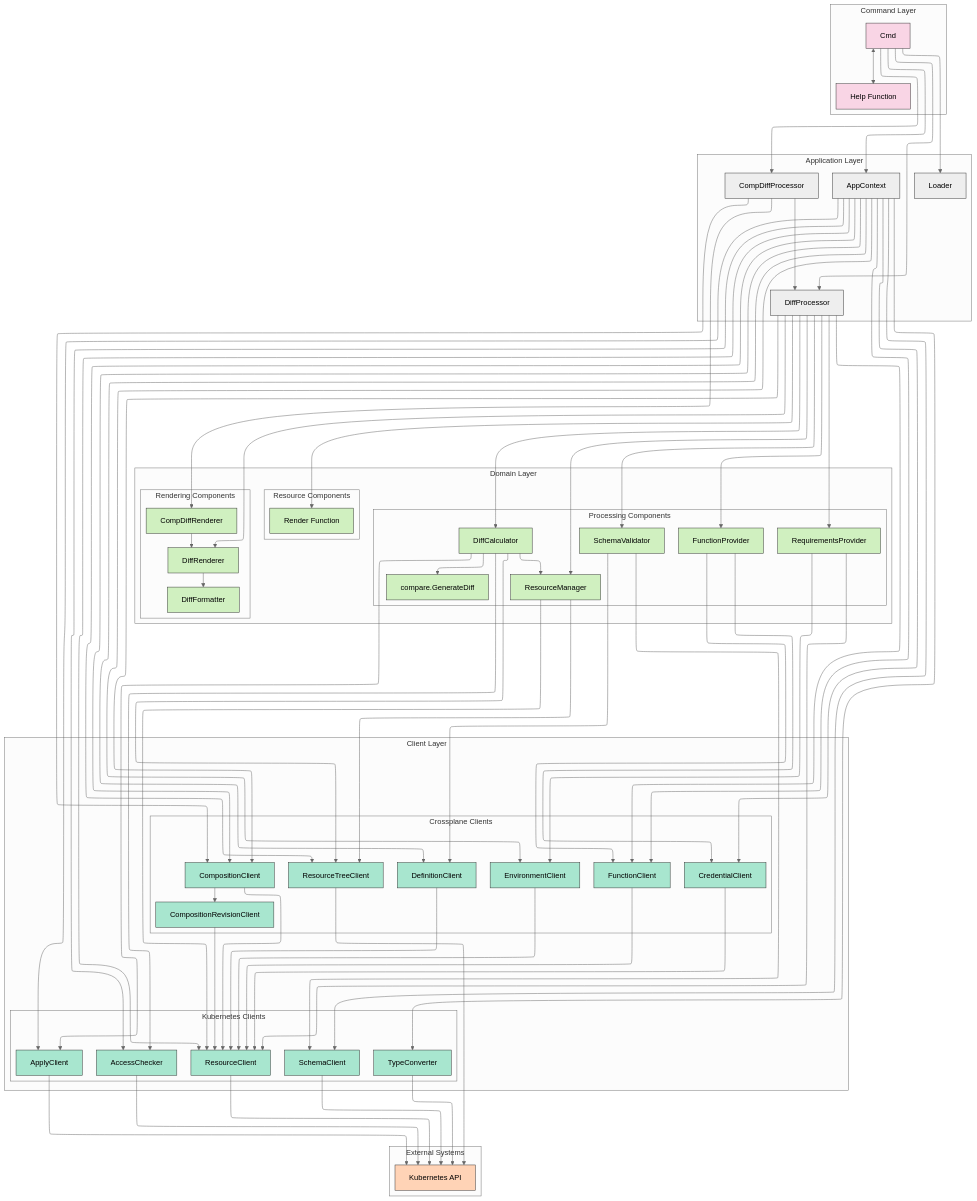
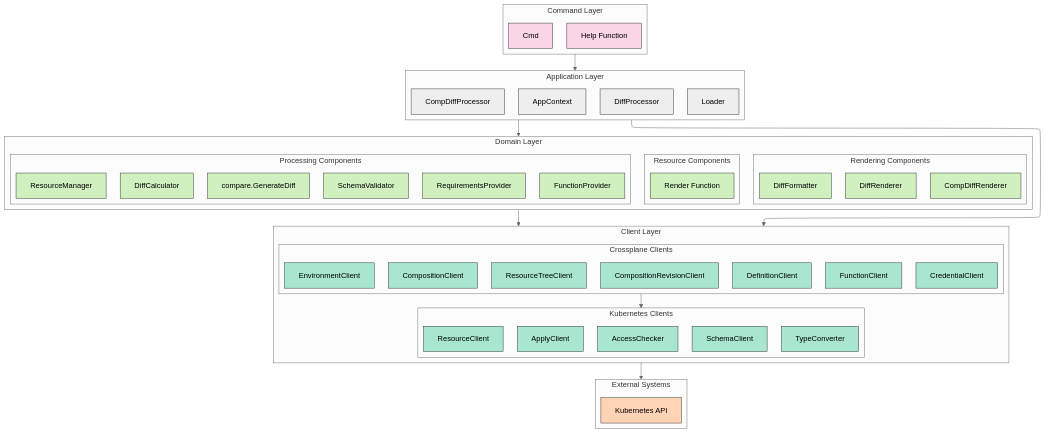
Before and after one commit to crossplane-contrib/crossplane-diff: the diagram in design/design-doc-cli-diff/layered-architecture.mermaid, drawn with Mermaid (neutral theme). The commit also changed 1 other file, not shown here.

Commit message:
docs(design): draw layered-architecture dependencies between layers, not components

```diff
--- a/design/design-doc-cli-diff/layered-architecture.mermaid
+++ b/design/design-doc-cli-diff/layered-architecture.mermaid
@@ -1,148 +1,83 @@
 %%{init: {"flowchart": {"defaultRenderer": "elk"}}}%%
 flowchart TD
-    subgraph "Command Layer"
+    subgraph CMDL["Command Layer"]
         CMD[Cmd]
         HELP[Help Function]
     end
     
-    subgraph "Application Layer"
+    subgraph APPL["Application Layer"]
         APP[AppContext]
         DPR[DiffProcessor]
         CDPR[CompDiffProcessor]
         LOAD[Loader]
     end
 
-    subgraph "Domain Layer"
-        subgraph "Processing Components"
+    subgraph DOML["Domain Layer"]
+        subgraph PROC["Processing Components"]
             DIFFCALC[DiffCalculator]
             SCHMVLD[SchemaValidator]
             RESMGR[ResourceManager]
             REQPRV[RequirementsProvider]
             FNPRV[FunctionProvider]
             CMPR[compare.GenerateDiff]
         end
 
-        subgraph "Rendering Components"
+        subgraph REND["Rendering Components"]
             DIFFRND[DiffRenderer]
             CDIFFRND[CompDiffRenderer]
             DIFFFRM[DiffFormatter]
         end
 
-        subgraph "Resource Components"
+        subgraph RESC["Resource Components"]
             RENDER[Render Function]
         end
     end
 
-    subgraph "Client Layer"
-        subgraph "Kubernetes Clients"
+    subgraph CLIL["Client Layer"]
+        subgraph K8SC["Kubernetes Clients"]
             APPLY[ApplyClient]
             ACCSS[AccessChecker]
             RESRC[ResourceClient]
             SCHMA[SchemaClient]
             TCONV[TypeConverter]
         end
 
-        subgraph "Crossplane Clients"
+        subgraph XPC["Crossplane Clients"]
             COMP[CompositionClient]
             DEFN[DefinitionClient]
             ENVT[EnvironmentClient]
             FUNC[FunctionClient]
             CRED[CredentialClient]
             TREE[ResourceTreeClient]
             CREV[CompositionRevisionClient]
         end
     end
     
-    subgraph "External Systems"
+    subgraph EXTL["External Systems"]
         K8S[Kubernetes API]
     end
     
-    %% Command Layer connections
-    CMD --> APP
-    CMD --> DPR
-    CMD --> CDPR
-    CMD --> LOAD
-    CMD <--> HELP
+    %% Edges join groups, not components: every component in a group
+    %% depends on the same groups below it, and enumerating each pair
+    %% adds noise without information.
+    CMDL --> APPL
+    %% AppContext constructs every client and hands them to the processors.
+    APPL --> DOML
+    APPL --> CLIL
+    DOML --> CLIL
+    %% Crossplane clients are built on the generic ResourceClient.
+    XPC --> K8SC
+    CLIL --> EXTL
 
-    %% Application Layer connections
-    APP --> APPLY
-    APP --> ACCSS
-    APP --> RESRC
-    APP --> SCHMA
-    APP --> TCONV
-    APP --> COMP
-    APP --> DEFN
-    APP --> ENVT
-    APP --> FUNC
-    APP --> CRED
-    APP --> TREE
-
-    CDPR --> DPR
-    CDPR --> CDIFFRND
-    CDPR --> COMP
-
-    %% CompositionClient owns its CompositionRevisionClient internally;
-    %% callers don't wire CREV directly.
-    COMP --> CREV
-
-    DPR --> DIFFCALC
-    DPR --> SCHMVLD
-    DPR --> RESMGR
-    DPR --> REQPRV
-    DPR --> FNPRV
-    DPR --> DIFFRND
-    DPR --> RENDER
-    DPR --> COMP
-    DPR --> FUNC
-
-    %% Domain Layer connections
-    DIFFCALC --> RESMGR
-    DIFFCALC --> CMPR
-    DIFFCALC --> TREE
-    DIFFCALC --> APPLY
-    %% Consulted only after a dry run returns 403, to tell an RBAC denial
-    %% (degrade this resource) from an admission/quota refusal (report it).
-    DIFFCALC --> ACCSS
-
-    SCHMVLD --> SCHMA
-    SCHMVLD --> DEFN
-
-    RESMGR --> RESRC
-    RESMGR --> TREE
-
-    REQPRV --> RESRC
-    REQPRV --> ENVT
-
-    FNPRV --> FUNC
-    FNPRV --> CRED
-
-    DIFFRND --> DIFFFRM
-    CDIFFRND --> DIFFRND
-    
-    %% Client Layer connections
-    APPLY --> K8S
-    ACCSS --> K8S
-    RESRC --> K8S
-    SCHMA --> K8S
-    TCONV --> K8S
-    
-    COMP --> RESRC
-    DEFN --> RESRC
-    ENVT --> RESRC
-    FUNC --> RESRC
-    CRED --> RESRC
-    CREV --> RESRC
-    TREE --> K8S
-    
     %% Styling
     classDef commandLayer fill:#f9d5e5,stroke:#333,stroke-width:1px
     classDef applicationLayer fill:#eeeeee,stroke:#333,stroke-width:1px
     classDef domainLayer fill:#d0f0c0,stroke:#333,stroke-width:1px
     classDef clientLayer fill:#a8e6cf,stroke:#333,stroke-width:1px
     classDef externalSystems fill:#ffd3b6,stroke:#333,stroke-width:1px
     
     class CMD,HELP commandLayer
     class APP,DPR,CDPR,LOAD applicationLayer
     class DIFFCALC,CMPR,SCHMVLD,RESMGR,REQPRV,FNPRV,DIFFRND,CDIFFRND,DIFFFRM,RENDER domainLayer
     class APPLY,ACCSS,RESRC,SCHMA,TCONV,COMP,CREV,DEFN,ENVT,FUNC,CRED,TREE clientLayer
     class K8S externalSystems
```
